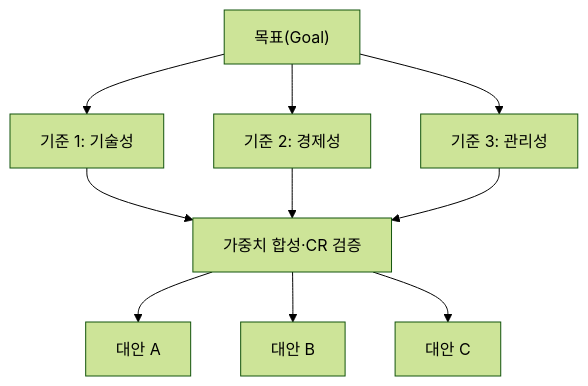
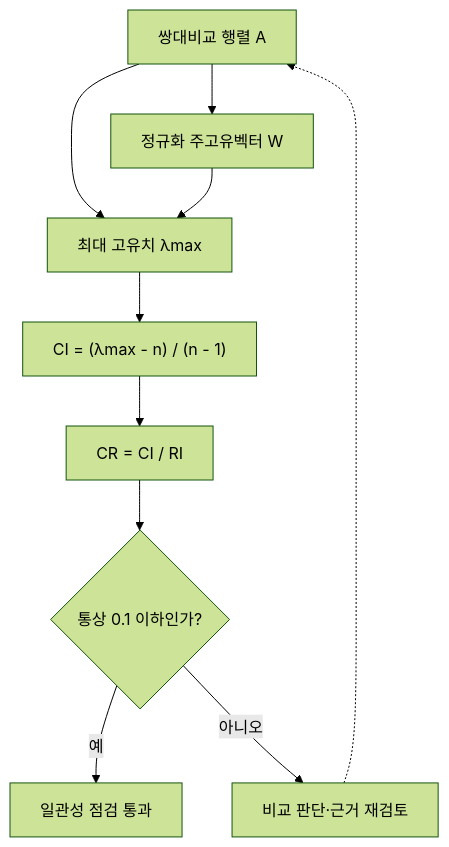
The third of 3 diagrams in src/content/docs/notes/itpe/01-it-strategy/075_ahp.md (agnusdei1207/study), drawn with Mermaid (forest theme) before and after one commit. The commit also changed other lines of this file and 4 other files, not shown here.

````diff
--- a/src/content/docs/notes/itpe/01-it-strategy/075_ahp.md
+++ b/src/content/docs/notes/itpe/01-it-strategy/075_ahp.md
@@ -96,14 +101,12 @@
 ```mermaid
 flowchart TD
-    GOAL["목표(Goal)"] --> C1["기준 1: 기술성"]
-    GOAL --> C2["기준 2: 경제성"]
-    GOAL --> C3["기준 3: 관리성"]
-
-    C1 --> W["가중치 합성·CR 검증"]
-    C2 --> W
-    C3 --> W
-
-    W --> A1["대안 A"]
-    W --> A2["대안 B"]
-    W --> A3["대안 C"]
+    A["쌍대비교 행렬 A"] --> W["정규화 주고유벡터 W"]
+    A --> L["최대 고유치 λmax"]
+    W --> L
+    L --> CI["CI = (λmax - n) / (n - 1)"]
+    CI --> CR["CR = CI / RI"]
+    CR --> J{"통상 0.1 이하인가?"}
+    J -->|예| R["일관성 점검 통과"]
+    J -->|아니오| V["비교 판단·근거 재검토"]
+    V -.-> A
 ```
````
